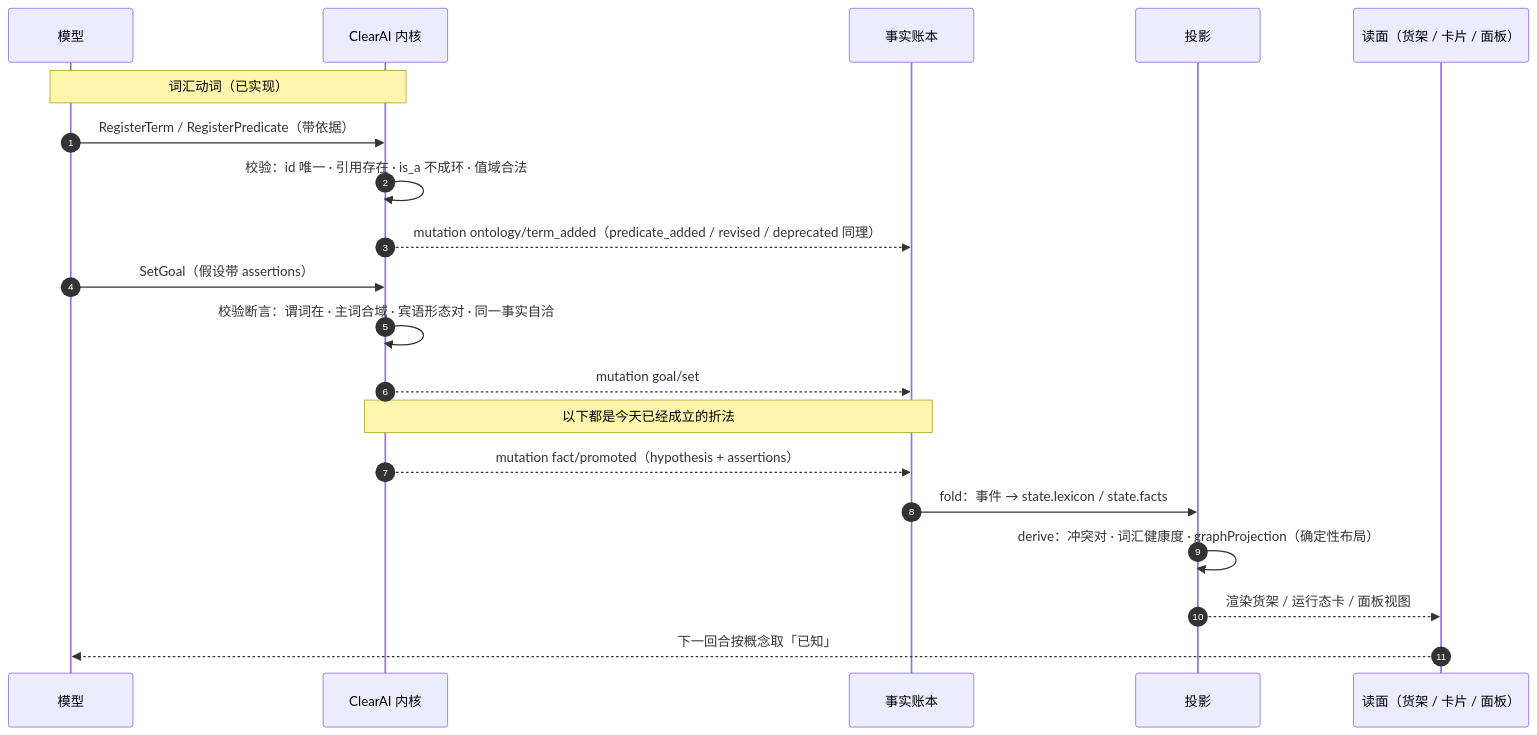
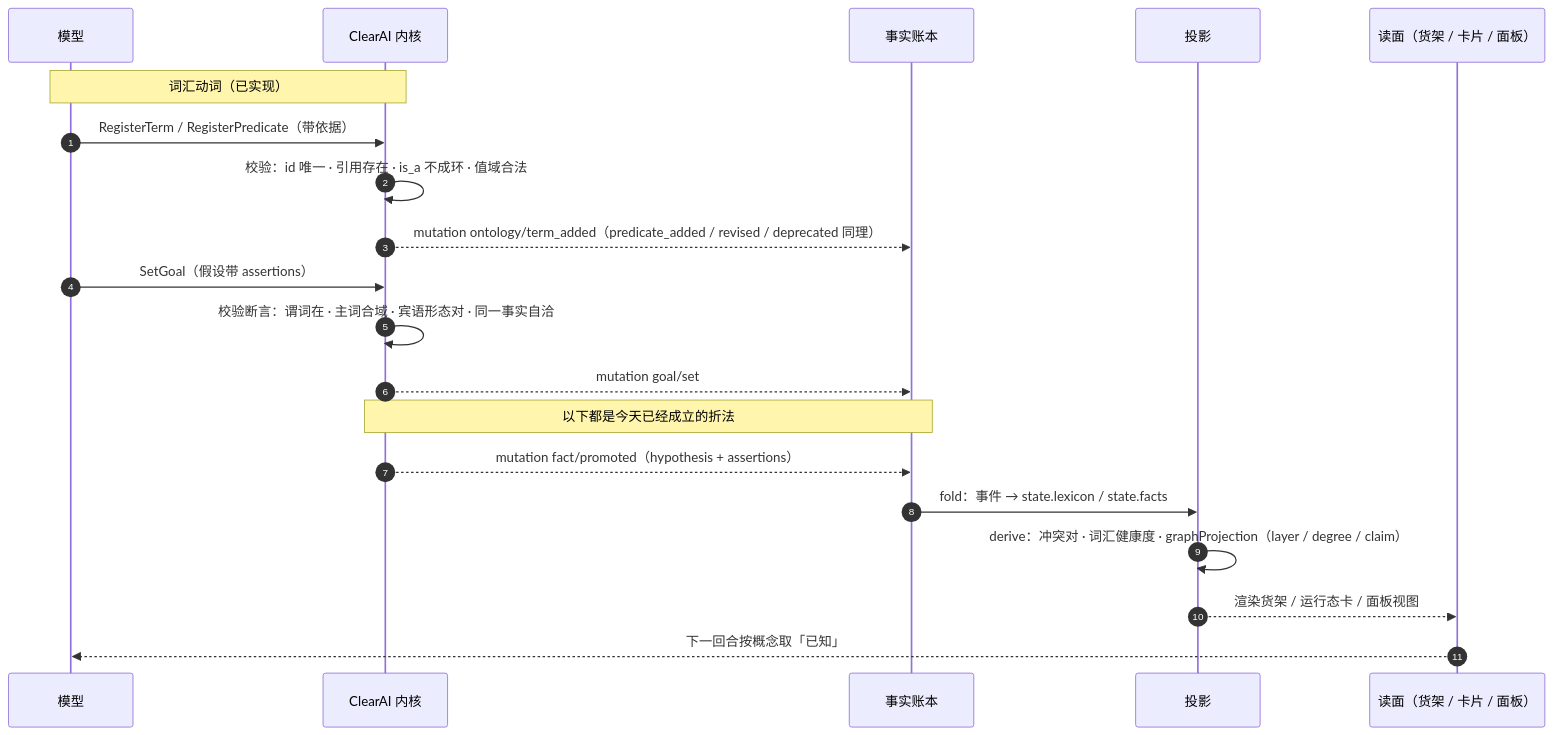
Before and after one commit to Clearailhc/clearai-dsh: the sixth of 7 diagrams in docs/optimization/timing-diagrams.zh-CN.md, drawn with Mermaid. The commit also changed other lines of this file and 7 other files, not shown here.

````diff
--- a/docs/optimization/timing-diagrams.zh-CN.md
+++ b/docs/optimization/timing-diagrams.zh-CN.md
@@ -232,23 +232,23 @@
 ```mermaid
 sequenceDiagram
     autonumber
     participant M as 模型
     participant K as ClearAI 内核
     participant L as 事实账本
     participant P as 投影
     participant G as 读面（货架 / 卡片 / 面板）
 
     Note over M,K: 词汇动词（已实现）
     M->>K: RegisterTerm / RegisterPredicate（带依据）
     K->>K: 校验：id 唯一 · 引用存在 · is_a 不成环 · 值域合法
     K-->>L: mutation ontology/term_added（predicate_added / revised / deprecated 同理）
     M->>K: SetGoal（假设带 assertions）
     K->>K: 校验断言：谓词在 · 主词合域 · 宾语形态对 · 同一事实自洽
     K-->>L: mutation goal/set
     Note over K,L: 以下都是今天已经成立的折法
     K-->>L: mutation fact/promoted（hypothesis + assertions）
     L->>P: fold：事件 → state.lexicon / state.facts
-    P->>P: derive：冲突对 · 词汇健康度 · graphProjection（确定性布局）
+    P->>P: derive：冲突对 · 词汇健康度 · graphProjection（layer / degree / claim）
     P-->>G: 渲染货架 / 运行态卡 / 面板视图
     G-->>M: 下一回合按概念取「已知」
 ```
````
